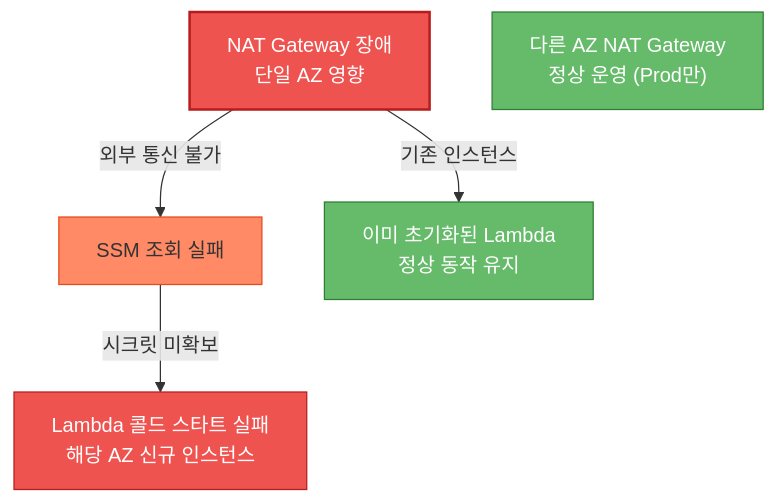
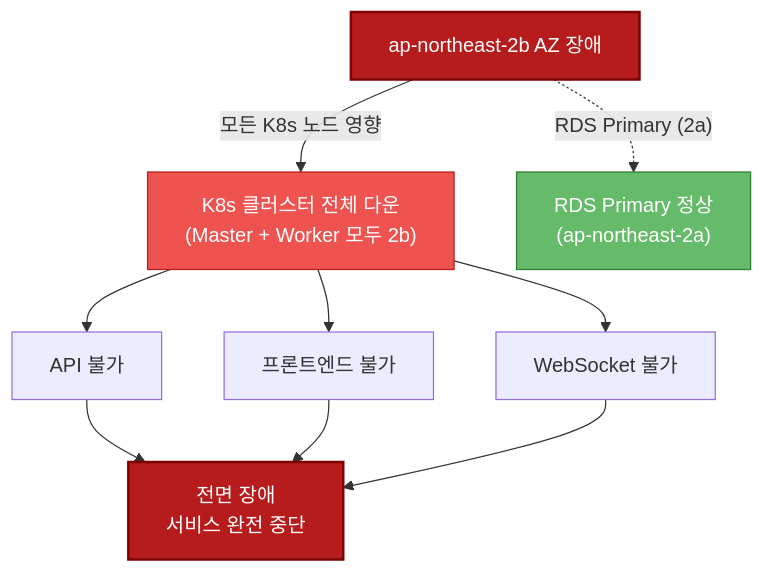
One commit to 80-hours-a-week/2-cho-community-be changed the ninth of 18 diagrams in report.md. Above: the diagram before and after it, drawn with Mermaid. The commit also changed other lines of this file, not shown here.

First line of the commit message:
docs: report.md Lambda→K8s 아키텍처 전면 갱신

````diff
--- a/report.md
+++ b/report.md
@@ -636,17 +497,20 @@
 ```mermaid
 flowchart TD
-    NAT_Fail["NAT Gateway 장애<br/>단일 AZ 영향"]
+    AZ_Fail["ap-northeast-2b AZ 장애"]
 
-    NAT_Fail -->|"외부 통신 불가"| SSM_Fail["SSM 조회 실패"]
-    SSM_Fail -->|"시크릿 미확보"| Lambda_Fail["Lambda 콜드 스타트 실패<br/>해당 AZ 신규 인스턴스"]
+    AZ_Fail -->|"모든 K8s 노드 영향"| K8s_Down["K8s 클러스터 전체 다운<br/>(Master + Worker 모두 2b)"]
+    K8s_Down --> API_Down["API 불가"]
+    K8s_Down --> FE_Down["프론트엔드 불가"]
+    K8s_Down --> WS_Down["WebSocket 불가"]
 
-    NAT_Fail -->|"기존 인스턴스"| Existing["이미 초기화된 Lambda<br/>정상 동작 유지"]
+    API_Down --> Total["전면 장애<br/>서비스 완전 중단"]
+    FE_Down --> Total
+    WS_Down --> Total
 
-    Other_AZ["다른 AZ NAT Gateway<br/>정상 운영 (Prod만)"]
+    AZ_Fail -.->|"RDS Primary (2a)"| RDS_OK["RDS Primary 정상<br/>(ap-northeast-2a)"]
 
-    style NAT_Fail fill:#ef5350,color:#fff,stroke:#b71c1c,stroke-width:2px
-    style SSM_Fail fill:#ff8a65,stroke:#e64a19
-    style Lambda_Fail fill:#ef5350,color:#fff,stroke:#b71c1c
-    style Existing fill:#66bb6a,color:#fff,stroke:#2e7d32
-    style Other_AZ fill:#66bb6a,color:#fff,stroke:#2e7d32
+    style AZ_Fail fill:#b71c1c,color:#fff,stroke:#7f0000,stroke-width:2px
+    style K8s_Down fill:#ef5350,color:#fff,stroke:#b71c1c
+    style Total fill:#b71c1c,color:#fff,stroke:#7f0000,stroke-width:2px
+    style RDS_OK fill:#66bb6a,color:#fff,stroke:#2e7d32
 ```
````
